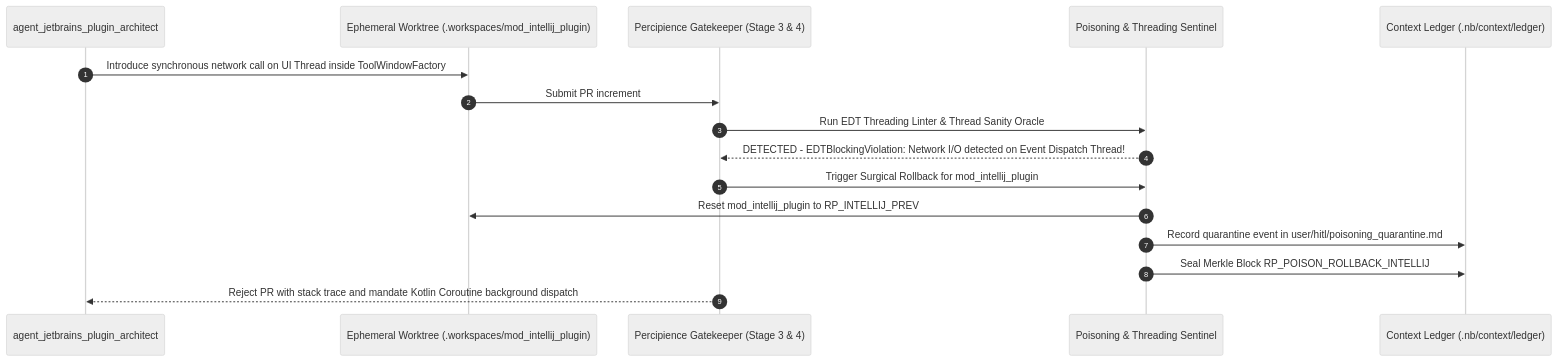
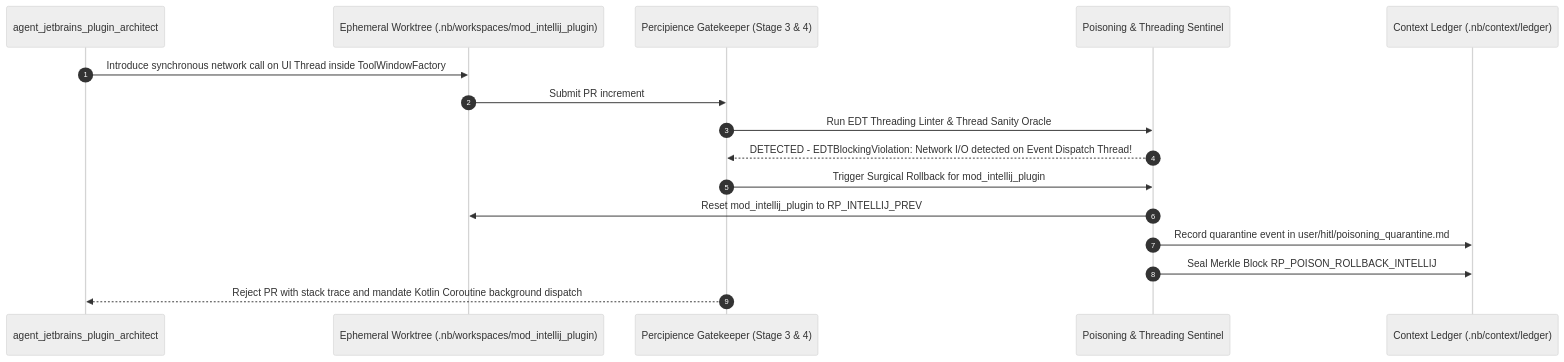
Before and after one commit to lakhwindersingh/nb_fairyfly: the third of 3 diagrams in .nb/plan/l1/intellij-pycharm-plugin/detailed.md, drawn with Mermaid (neutral theme). The commit also changed other lines of this file and 59 other files, not shown here.

````diff
--- a/.nb/plan/l1/intellij-pycharm-plugin/detailed.md
+++ b/.nb/plan/l1/intellij-pycharm-plugin/detailed.md
@@ -342,19 +342,19 @@
 ```mermaid
 sequenceDiagram
   autonumber
   participant Agent as agent_jetbrains_plugin_architect
-  participant WT as Ephemeral Worktree (.workspaces/mod_intellij_plugin)
+  participant WT as Ephemeral Worktree (.nb/workspaces/mod_intellij_plugin)
   participant Gate as Percipience Gatekeeper (Stage 3 & 4)
   participant Sentinel as Poisoning & Threading Sentinel
   participant Ledger as Context Ledger (.nb/context/ledger)
 
   Agent->>WT: Introduce synchronous network call on UI Thread inside ToolWindowFactory
   WT->>Gate: Submit PR increment
   Gate->>Sentinel: Run EDT Threading Linter & Thread Sanity Oracle
   Sentinel-->>Gate: DETECTED - EDTBlockingViolation: Network I/O detected on Event Dispatch Thread!
   Gate->>Sentinel: Trigger Surgical Rollback for mod_intellij_plugin
   Sentinel->>WT: Reset mod_intellij_plugin to RP_INTELLIJ_PREV
   Sentinel->>Ledger: Record quarantine event in user/hitl/poisoning_quarantine.md
   Sentinel->>Ledger: Seal Merkle Block RP_POISON_ROLLBACK_INTELLIJ
   Gate-->>Agent: Reject PR with stack trace and mandate Kotlin Coroutine background dispatch
 ```
````
